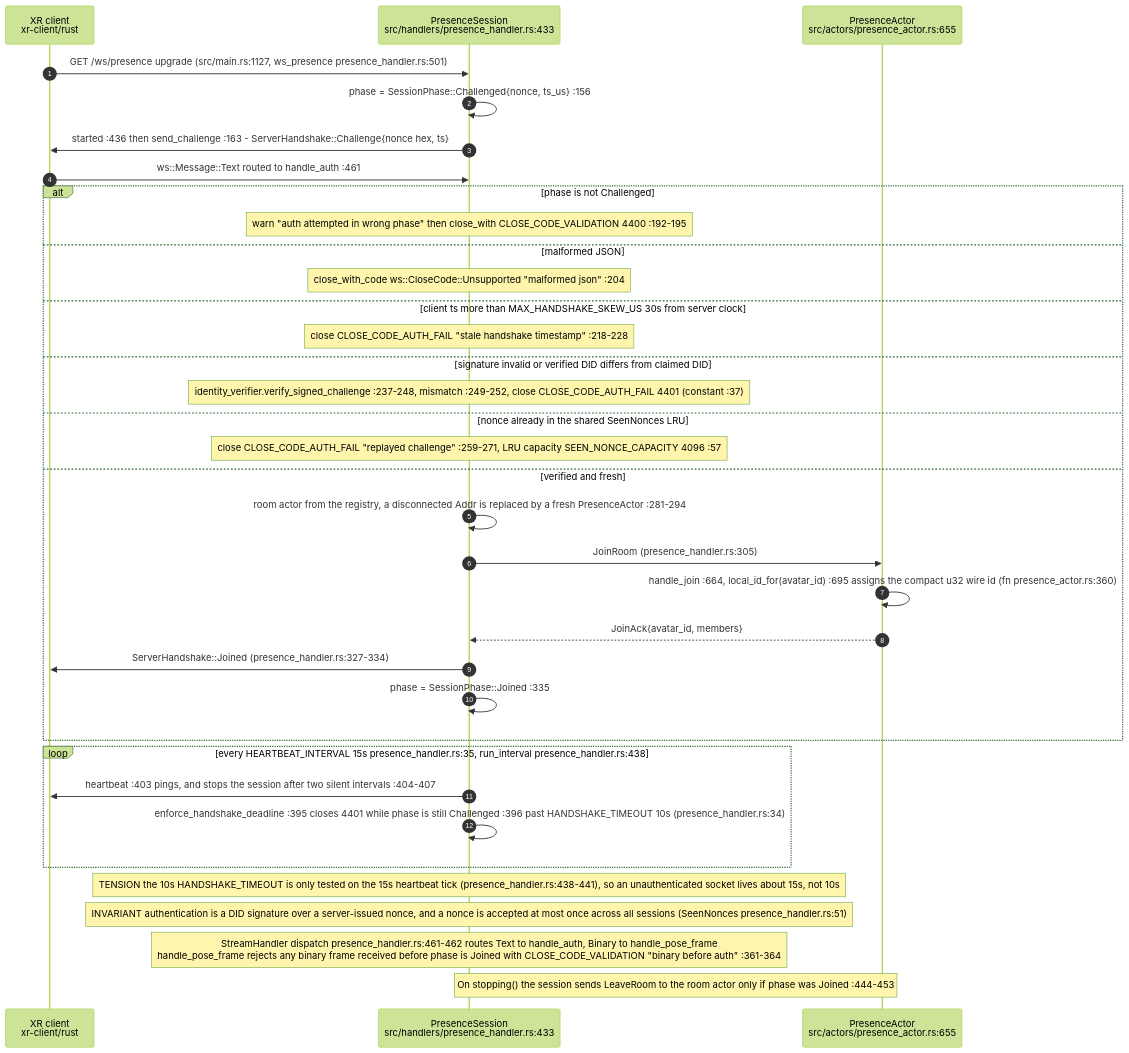
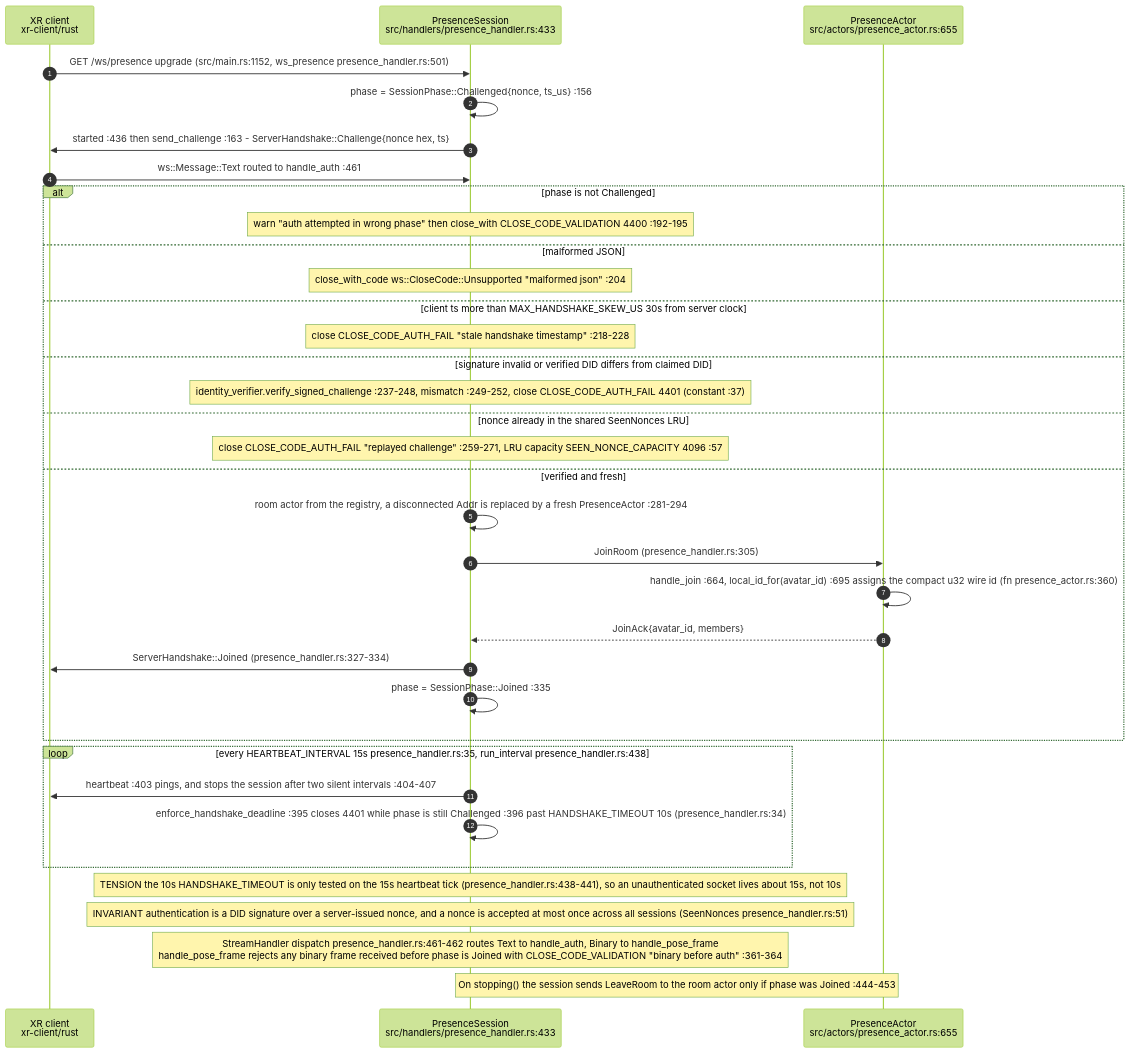
The first of 4 diagrams in docs/diagrams/visionclaw/17-xr-presence-crate.md (DreamLab-AI/VisionFlow), drawn with Mermaid (forest theme) before and after one commit. The commit also changed other lines of this file and 46 other files, not shown here.

Commit message:
docs(diagrams): re-verify VisionClaw topics at 809a859aa/a950f4d80 after the consolidation pass

````diff
--- a/docs/diagrams/visionclaw/17-xr-presence-crate.md
+++ b/docs/diagrams/visionclaw/17-xr-presence-crate.md
@@ -30,38 +30,38 @@
 ```mermaid
 sequenceDiagram
     autonumber
     participant C as XR client<br/>xr-client/rust
     participant PS as PresenceSession<br/>src/handlers/presence_handler.rs:433
     participant PA as PresenceActor<br/>src/actors/presence_actor.rs:655
 
-    C->>PS: GET /ws/presence upgrade (src/main.rs:1127, ws_presence presence_handler.rs:501)
+    C->>PS: GET /ws/presence upgrade (src/main.rs:1152, ws_presence presence_handler.rs:501)
     PS->>PS: phase = SessionPhase::Challenged{nonce, ts_us} :156
     PS->>C: started :436 then send_challenge :163 - ServerHandshake::Challenge{nonce hex, ts}
     C->>PS: ws::Message::Text routed to handle_auth :461
     alt phase is not Challenged
         Note over PS: warn "auth attempted in wrong phase" then close_with CLOSE_CODE_VALIDATION 4400 :192-195
     else malformed JSON
         Note over PS: close_with_code ws::CloseCode::Unsupported "malformed json" :204
     else client ts more than MAX_HANDSHAKE_SKEW_US 30s from server clock
         Note over PS: close CLOSE_CODE_AUTH_FAIL "stale handshake timestamp" :218-228
     else signature invalid or verified DID differs from claimed DID
         Note over PS: identity_verifier.verify_signed_challenge :237-248, mismatch :249-252, close CLOSE_CODE_AUTH_FAIL 4401 (constant :37)
     else nonce already in the shared SeenNonces LRU
         Note over PS: close CLOSE_CODE_AUTH_FAIL "replayed challenge" :259-271, LRU capacity SEEN_NONCE_CAPACITY 4096 :57
     else verified and fresh
         PS->>PS: room actor from the registry, a disconnected Addr is replaced by a fresh PresenceActor :281-294
         PS->>PA: JoinRoom (presence_handler.rs:305)
         PA->>PA: handle_join :664, local_id_for(avatar_id) :695 assigns the compact u32 wire id (fn presence_actor.rs:360)
         PA-->>PS: JoinAck{avatar_id, members}
         PS->>C: ServerHandshake::Joined (presence_handler.rs:327-334)
         PS->>PS: phase = SessionPhase::Joined :335
     end
     loop every HEARTBEAT_INTERVAL 15s presence_handler.rs:35, run_interval presence_handler.rs:438
         PS->>C: heartbeat :403 pings, and stops the session after two silent intervals :404-407
         PS->>PS: enforce_handshake_deadline :395 closes 4401 while phase is still Challenged :396 past HANDSHAKE_TIMEOUT 10s (presence_handler.rs:34)
     end
     Note over PS: TENSION the 10s HANDSHAKE_TIMEOUT is only tested on the 15s heartbeat tick (presence_handler.rs:438-441), so an unauthenticated socket lives about 15s, not 10s
     Note over PS: INVARIANT authentication is a DID signature over a server-issued nonce, and a nonce is accepted at most once across all sessions (SeenNonces presence_handler.rs:51)
     Note over PS: StreamHandler dispatch presence_handler.rs:461-462 routes Text to handle_auth, Binary to handle_pose_frame<br/>handle_pose_frame rejects any binary frame received before phase is Joined with CLOSE_CODE_VALIDATION "binary before auth" :361-364
     Note over PS,PA: On stopping() the session sends LeaveRoom to the room actor only if phase was Joined :444-453
 ```
````
